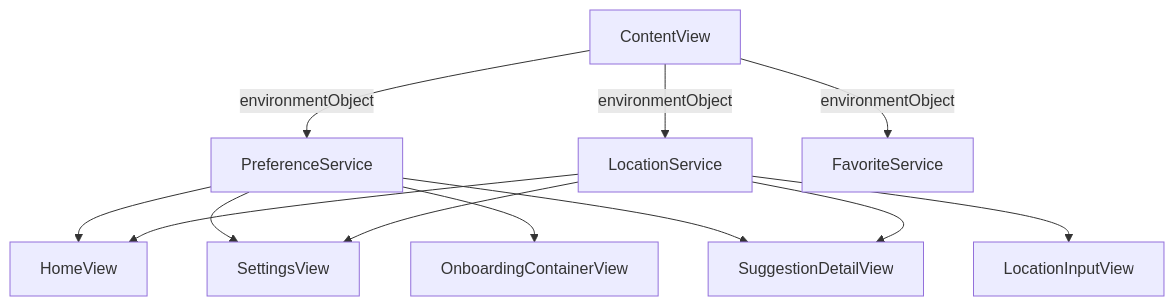
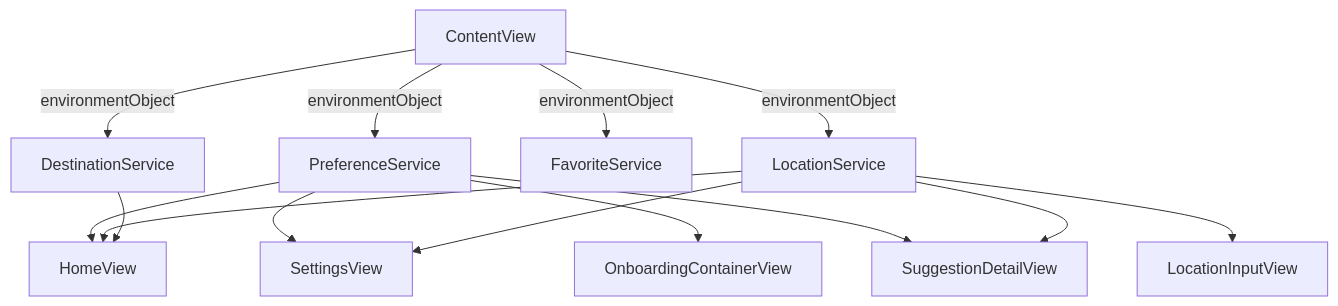
One commit to Ken-Miyamura/serendipity-planner changed the third of 3 diagrams in docs/architecture/data-flow.md. Above: the diagram before and after it, drawn with Mermaid. The commit also changed other lines of this file and 4 other files, not shown here.

````diff
--- a/docs/architecture/data-flow.md
+++ b/docs/architecture/data-flow.md
@@ -169,16 +172,19 @@
 ```mermaid
 graph TD
     CV[ContentView] -->|environmentObject| PFS[PreferenceService]
     CV -->|environmentObject| LS[LocationService]
     CV -->|environmentObject| FS[FavoriteService]
+    CV -->|environmentObject| DS[DestinationService]
 
     PFS --> HV[HomeView]
     PFS --> SV[SettingsView]
     PFS --> OV[OnboardingContainerView]
     PFS --> SDV[SuggestionDetailView]
 
     LS --> HV
     LS --> SV
     LS --> SDV
     LS --> LIV[LocationInputView]
+
+    DS --> HV
 ```
````
